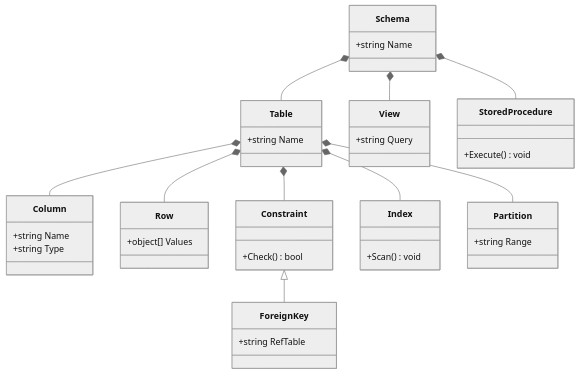
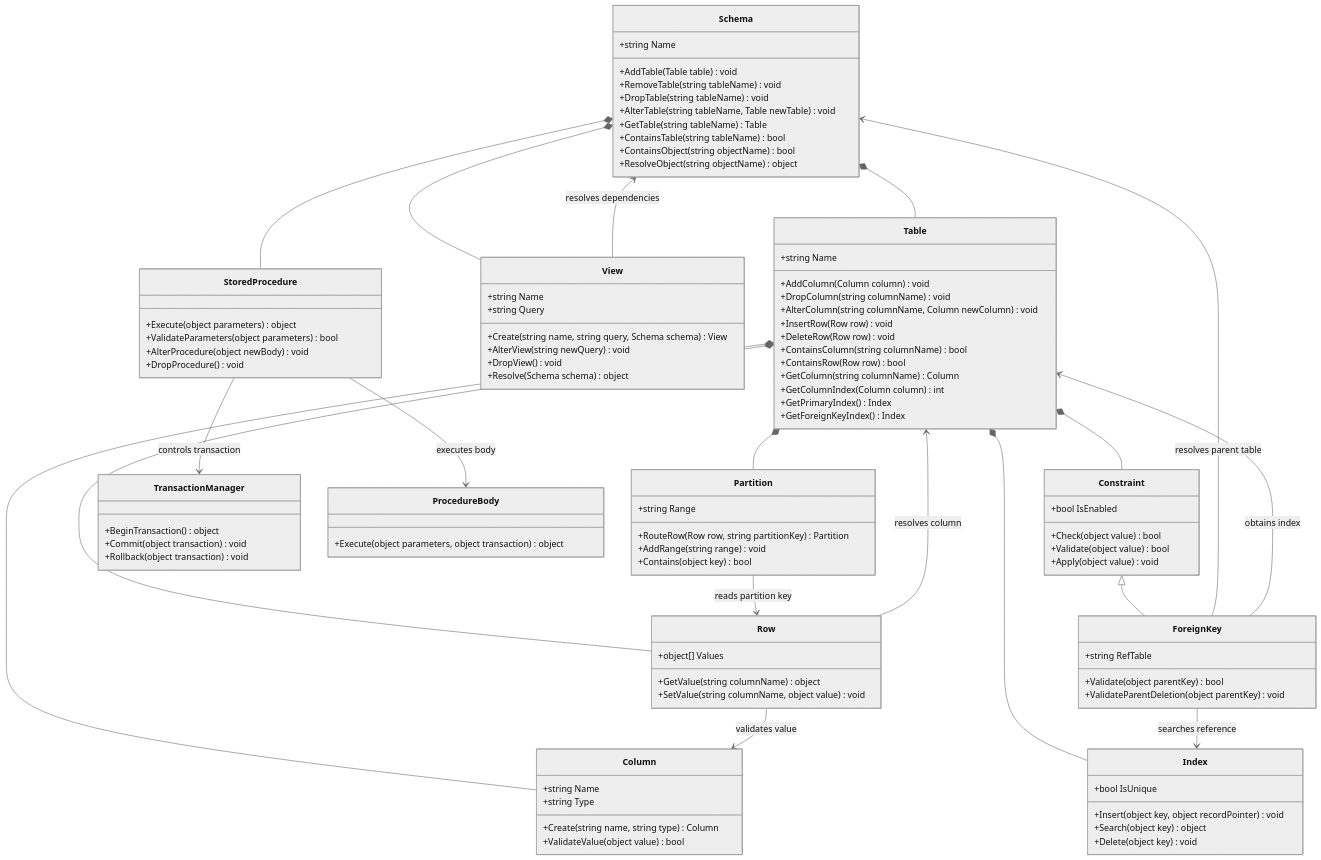
Before and after one commit to manaxpow/DBMS: the ninth of 50 diagrams in README.md, drawn with Mermaid (neutral theme). The commit also changed other lines of this file and 75 other files, not shown here.

````diff
--- a/README.md
+++ b/README.md
@@ -357,45 +364,123 @@
 ```mermaid
 classDiagram
     direction TB
+
     class Schema {
         +string Name
+        +AddTable(Table table) void
+        +RemoveTable(string tableName) void
+        +DropTable(string tableName) void
+        +AlterTable(string tableName, Table newTable) void
+        +GetTable(string tableName) Table
+        +ContainsTable(string tableName) bool
+        +ContainsObject(string objectName) bool
+        +ResolveObject(string objectName) object
     }
+
     class Table {
         +string Name
+        +AddColumn(Column column) void
+        +DropColumn(string columnName) void
+        +AlterColumn(string columnName, Column newColumn) void
+        +InsertRow(Row row) void
+        +DeleteRow(Row row) void
+        +ContainsColumn(string columnName) bool
+        +ContainsRow(Row row) bool
+        +GetColumn(string columnName) Column
+        +GetColumnIndex(Column column) int
+        +GetPrimaryIndex() Index
+        +GetForeignKeyIndex() Index
     }
+
     class Column {
         +string Name
         +string Type
+        +Create(string name, string type) Column
+        +ValidateValue(object value) bool
     }
+
     class Row {
         +object[] Values
+        +GetValue(string columnName) object
+        +SetValue(string columnName, object value) void
     }
+
     class Constraint {
-        +Check() bool
+        +bool IsEnabled
+        +Check(object value) bool
+        +Validate(object value) bool
+        +Apply(object value) void
     }
+
     class ForeignKey {
         +string RefTable
+        +Validate(object parentKey) bool
+        +ValidateParentDeletion(object parentKey) void
     }
+
     class Index {
-        +Scan() void
+        +bool IsUnique
+        +Insert(object key, object recordPointer) void
+        +Search(object key) object
+        +Delete(object key) void
     }
+
     class Partition {
         +string Range
+        +RouteRow(Row row, string partitionKey) Partition
+        +AddRange(string range) void
+        +Contains(object key) bool
     }
+
     class View {
+        +string Name
         +string Query
+        +Create(string name, string query, Schema schema) View
+        +AlterView(string newQuery) void
+        +DropView() void
+        +Resolve(Schema schema) object
     }
+
     class StoredProcedure {
-        +Execute() void
+        +Execute(object parameters) object
+        +ValidateParameters(object parameters) bool
+        +AlterProcedure(object newBody) void
+        +DropProcedure() void
+    }
+
+    class TransactionManager {
+        +BeginTransaction() object
+        +Commit(object transaction) void
+        +Rollback(object transaction) void
+    }
+
+    class ProcedureBody {
+        +Execute(object parameters, object transaction) object
     }
 
     Schema *-- Table
     Schema *-- View
     Schema *-- StoredProcedure
+
     Table *-- Column
     Table *-- Row
     Table *-- Constraint
-    Constraint <|-- ForeignKey
     Table *-- Index
     Table *-- Partition
+
+    Constraint <|-- ForeignKey
+
+    Row --> Table : resolves column
+    Row --> Column : validates value
+
+    ForeignKey --> Schema : resolves parent table
+    ForeignKey --> Table : obtains index
+    ForeignKey --> Index : searches reference
+
+    Partition --> Row : reads partition key
+
+    View --> Schema : resolves dependencies
+
+    StoredProcedure --> TransactionManager : controls transaction
+    StoredProcedure --> ProcedureBody : executes body
 ```
````
